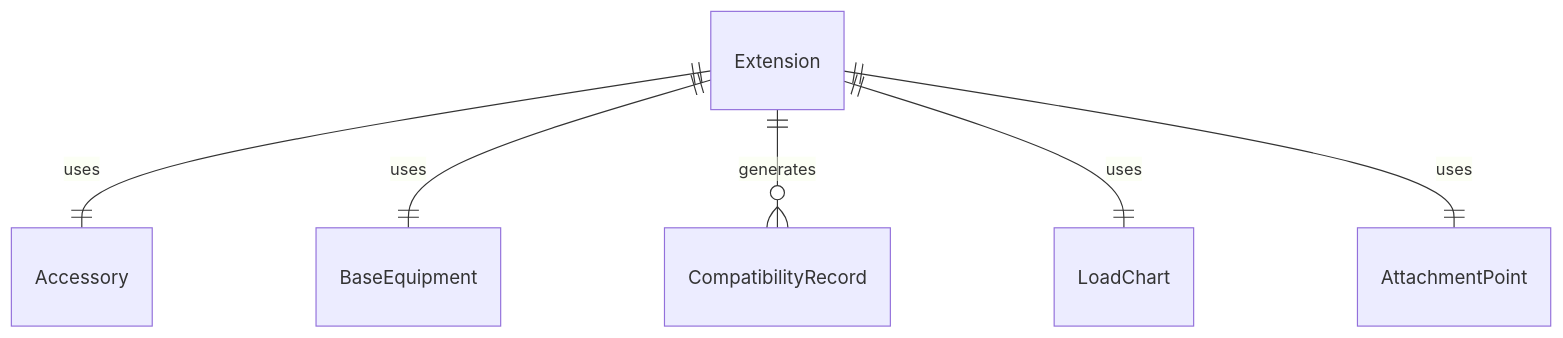
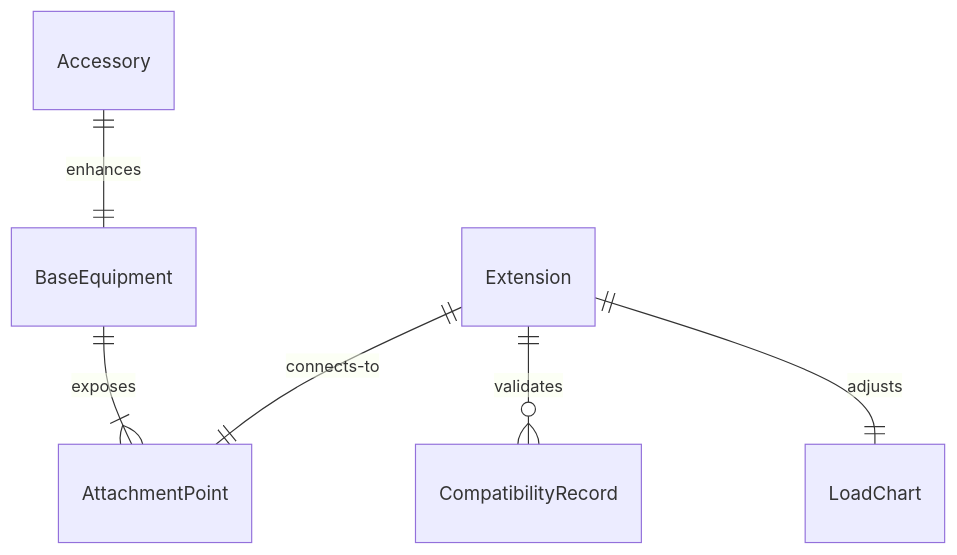
One commit to dot-org-ai/tasks.org.ai changed the first of 4 diagrams in HandlingAndMovingObjects/SetUpEquipment/AttachEquipmentExtensionsAccessories.mdx. Above: the diagram before and after it, drawn with Mermaid. The commit also changed other lines of this file and 515 other files, not shown here.

````diff
--- a/HandlingAndMovingObjects/SetUpEquipment/AttachEquipmentExtensionsAccessories.mdx
+++ b/HandlingAndMovingObjects/SetUpEquipment/AttachEquipmentExtensionsAccessories.mdx
@@ -86,8 +86,8 @@
 ```mermaid
 erDiagram
-    Extension ||--|| Accessory : "uses"
-    Extension ||--|| BaseEquipment : "uses"
-    Extension ||--o{ CompatibilityRecord : "generates"
-    Extension ||--|| LoadChart : "uses"
-    Extension ||--|| AttachmentPoint : "uses"
+    BaseEquipment ||--|{ AttachmentPoint : "exposes"
+    Extension ||--|| AttachmentPoint : "connects-to"
+    Accessory ||--|| BaseEquipment : "enhances"
+    Extension ||--o{ CompatibilityRecord : "validates"
+    Extension ||--|| LoadChart : "adjusts"
 ```
````
